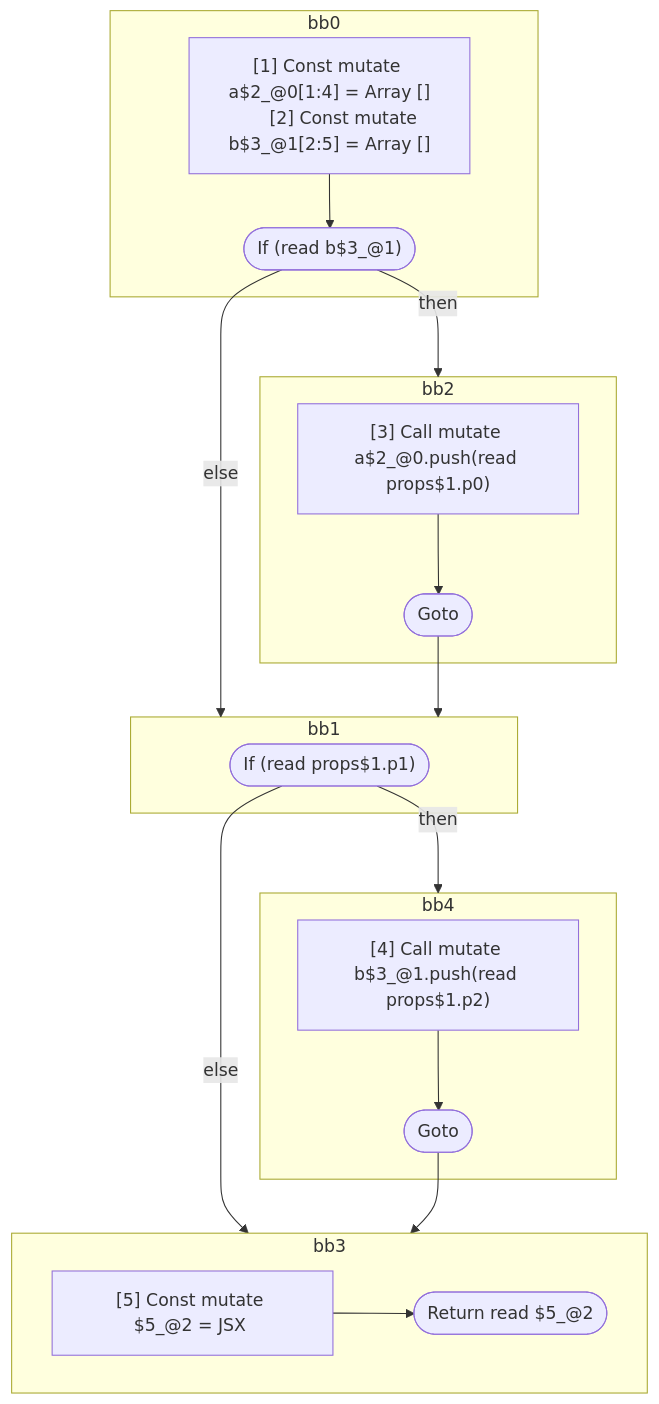
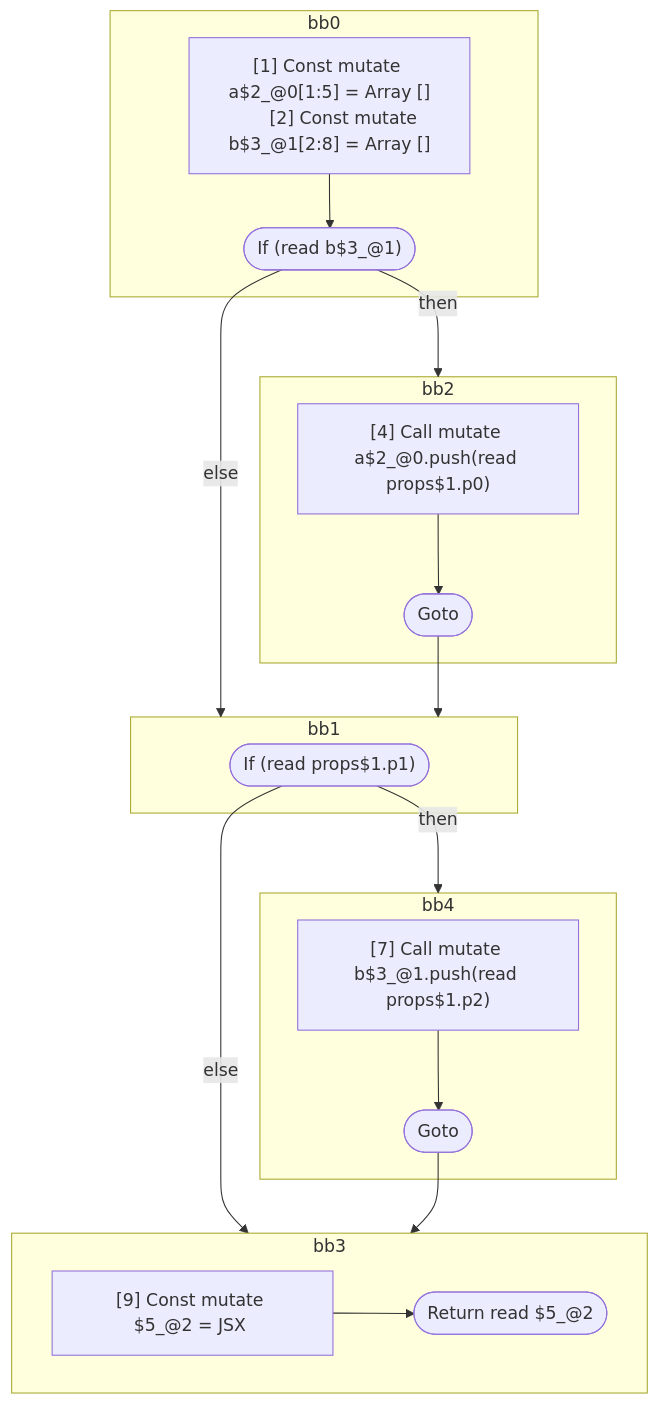
Before and after one commit to wutsmog/private: the first of 4 diagrams in compiler/forget/src/__tests__/fixtures/hir/conditional-on-mutable.expect.md, drawn with Mermaid. The commit also changed other lines of this file and 61 other files, not shown here.

````diff
--- a/compiler/forget/src/__tests__/fixtures/hir/conditional-on-mutable.expect.md
+++ b/compiler/forget/src/__tests__/fixtures/hir/conditional-on-mutable.expect.md
@@ -92,41 +92,41 @@
 ```mermaid
 flowchart TB
   %% Basic Blocks
   subgraph bb0
     bb0_instrs["
-      [1] Const mutate a$2_@0[1:4] = Array []
-      [2] Const mutate b$3_@1[2:5] = Array []
+      [1] Const mutate a$2_@0[1:5] = Array []
+      [2] Const mutate b$3_@1[2:8] = Array []
     "]
     bb0_instrs --> bb0_terminal(["If (read b$3_@1)"])
   end
   subgraph bb2
     bb2_instrs["
-      [3] Call mutate a$2_@0.push(read props$1.p0)
+      [4] Call mutate a$2_@0.push(read props$1.p0)
     "]
     bb2_instrs --> bb2_terminal(["Goto"])
   end
   subgraph bb1
     bb1_terminal(["If (read props$1.p1)"])
   end
   subgraph bb4
     bb4_instrs["
-      [4] Call mutate b$3_@1.push(read props$1.p2)
+      [7] Call mutate b$3_@1.push(read props$1.p2)
     "]
     bb4_instrs --> bb4_terminal(["Goto"])
   end
   subgraph bb3
     bb3_instrs["
-      [5] Const mutate $5_@2 = JSX <read Foo$4 a={freeze a$2_@0} b={freeze b$3_@1} ></read Foo$4>
+      [9] Const mutate $5_@2 = JSX <read Foo$4 a={freeze a$2_@0} b={freeze b$3_@1} ></read Foo$4>
     "]
     bb3_instrs --> bb3_terminal(["Return read $5_@2"])
   end
 
   %% Jumps
   bb0_terminal -- "then" --> bb2
   bb0_terminal -- "else" --> bb1
   bb2_terminal --> bb1
   bb1_terminal -- "then" --> bb4
   bb1_terminal -- "else" --> bb3
   bb4_terminal --> bb3
 
 ```
````
